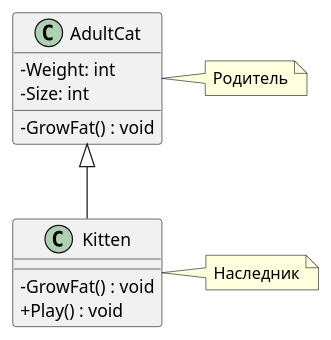
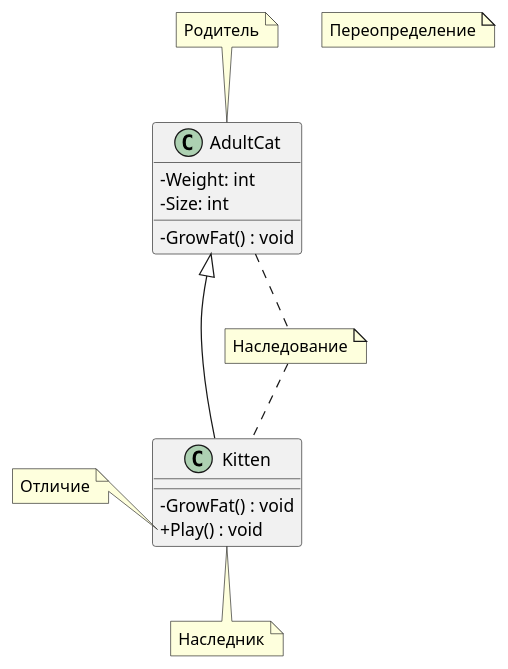
Before and after one commit to PopkovAYu/Notes: the eighth of 8 diagrams in Notes/Notes/Системная аналитика/Курсы от нетологии/Раздел 3. Анализ требований/6. UML. Диаграмма классов.md, drawn with PlantUML.

Commit message:
vault backup: 2024-04-23 12:11:37
Affected files:
Notes/Notes/Системная аналитика/Курсы от нетологии/Раздел 3. Анализ требований/6. UML. Диаграмма классов.md

````diff
--- a/Notes/Notes/Системная аналитика/Курсы от нетологии/Раздел 3. Анализ требований/6. UML. Диаграмма классов.md
+++ b/Notes/Notes/Системная аналитика/Курсы от нетологии/Раздел 3. Анализ требований/6. UML. Диаграмма классов.md
@@ -172,21 +172,29 @@
 ```plantuml
 @startuml
 skinparam classAttributeIconSize 0
 class AdultCat {
 	-Weight: int
 	-Size: int
 	-GrowFat() : void
 }
 
 class Kitten {
 	-GrowFat() : void
 	+Play() : void
 }
 
 AdultCat <|-- Kitten
 
-note right of AdultCat : Родитель
-note right of Kitten: Наследник
+note top of AdultCat : Родитель
+note bottom of Kitten: Наследник
+note "Наследование" as N1
+note "Переопределение" as N2
 
+AdultCat..N1
+N1..Kitten
+
+note left of Kitten::Play()
+	 Отличие
+endnote
 @enduml
 ```
````
